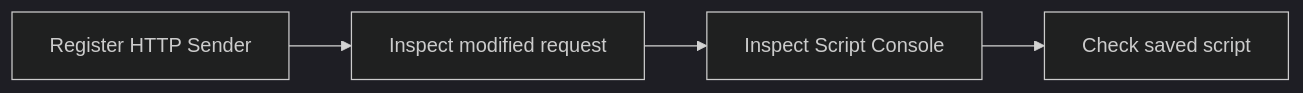
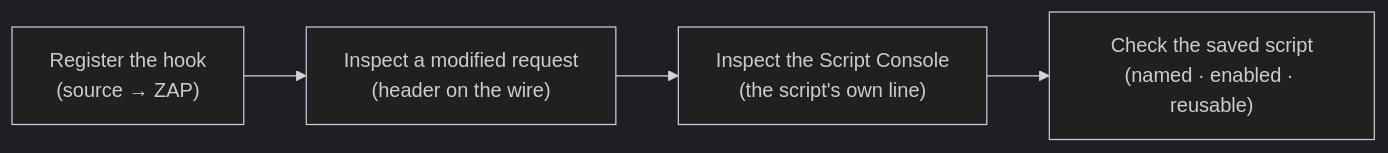
One commit to rupeshtiwari/pluralsight-script-development-with-zap changed the diagram in demos/module1-demos/m1-demo2-javascript-http-sender/README.md. Above: the diagram before and after it, drawn with Mermaid (dark theme). The commit also changed other lines of this file and 5 other files, not shown here.

````diff
--- a/demos/module1-demos/m1-demo2-javascript-http-sender/README.md
+++ b/demos/module1-demos/m1-demo2-javascript-http-sender/README.md
@@ -39,10 +39,8 @@
 ```mermaid
 flowchart LR
-  S1["Register HTTP Sender"]
-  S2["Inspect modified request"]
-  S3["Inspect Script Console"]
-  S4["Check saved script"]
-  S1 --> S2
-  S2 --> S3
-  S3 --> S4
+  S1["Register the hook<br/>(source → ZAP)"]
+  S2["Inspect a modified request<br/>(header on the wire)"]
+  S3["Inspect the Script Console<br/>(the script's own line)"]
+  S4["Check the saved script<br/>(named · enabled · reusable)"]
+  S1 --> S2 --> S3 --> S4
 ```
````
